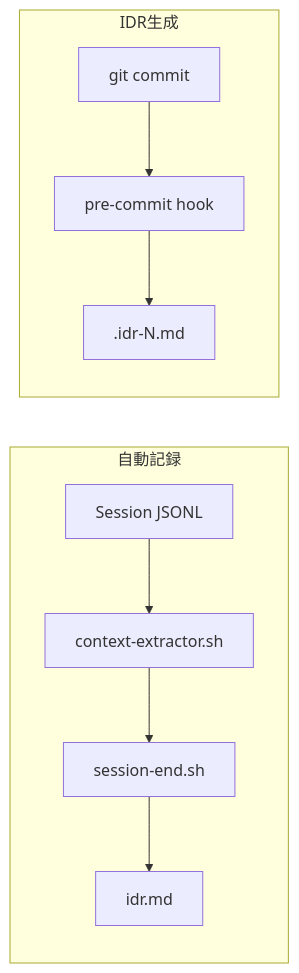
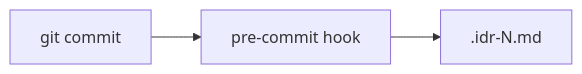
Before and after one commit to thkt/dotclaude: the diagram in .ja/rules/workflows/IDR_GENERATION.md, drawn with Mermaid. The commit also changed other lines of this file and 30 other files, not shown here.

````diff
--- a/.ja/rules/workflows/IDR_GENERATION.md
+++ b/.ja/rules/workflows/IDR_GENERATION.md
@@ -75,13 +45,5 @@
 ```mermaid
 flowchart LR
-    subgraph Auto["自動記録"]
-        J[Session JSONL] --> E[context-extractor.sh]
-        E --> S[session-end.sh]
-        S --> IDR[idr.md]
-    end
-
-    subgraph Gen["IDR生成"]
-        C[git commit] --> H[pre-commit hook]
-        H --> CF[.idr-N.md]
-    end
+    C[git commit] --> H[pre-commit hook]
+    H --> CF[.idr-N.md]
 ```
````
